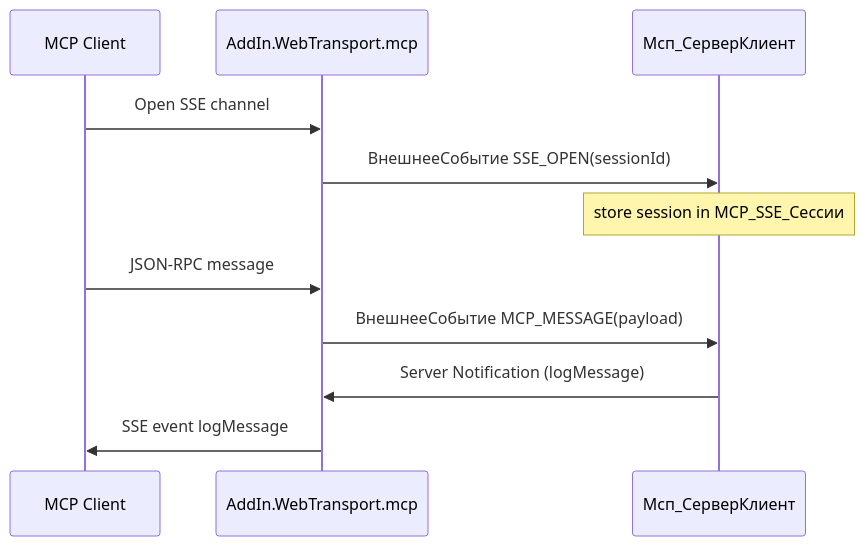
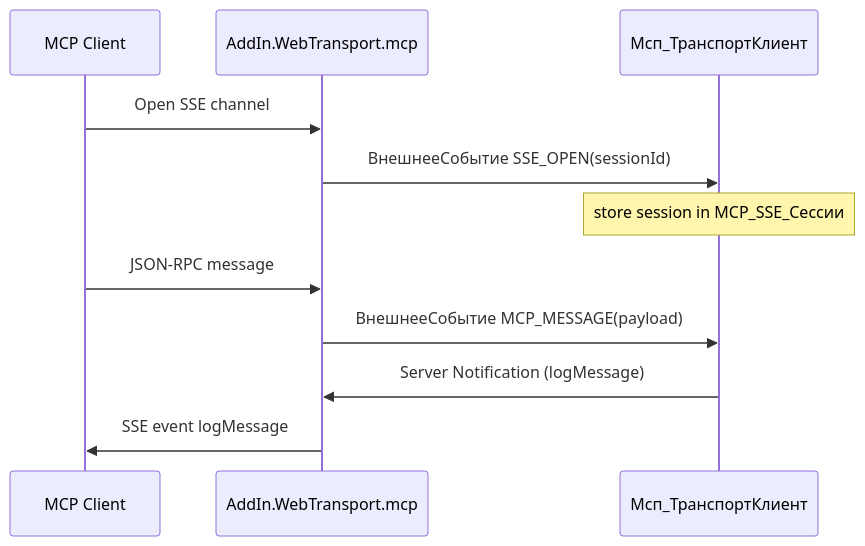
Before and after one commit to SandersNeo/onec-client-mcp-devkit: the fourth of 4 diagrams in ARCHITECTURE.md, drawn with Mermaid. The commit also changed other lines of this file and 11 other files, not shown here.

````diff
--- a/ARCHITECTURE.md
+++ b/ARCHITECTURE.md
@@ -58,16 +58,16 @@
 ```mermaid
 sequenceDiagram
   participant C as MCP Client
   participant T as AddIn.WebTransport.mcp
-  participant S as Мсп_СерверКлиент
+  participant S as Мсп_ТранспортКлиент
 
   C->>T: Open SSE channel
   T->>S: ВнешнееСобытие SSE_OPEN(sessionId)
   Note over S: store session in MCP_SSE_Сессии
 
   C->>T: JSON-RPC message
   T->>S: ВнешнееСобытие MCP_MESSAGE(payload)
 
   S->>T: Server Notification (logMessage)
   T->>C: SSE event logMessage
 ```
````
